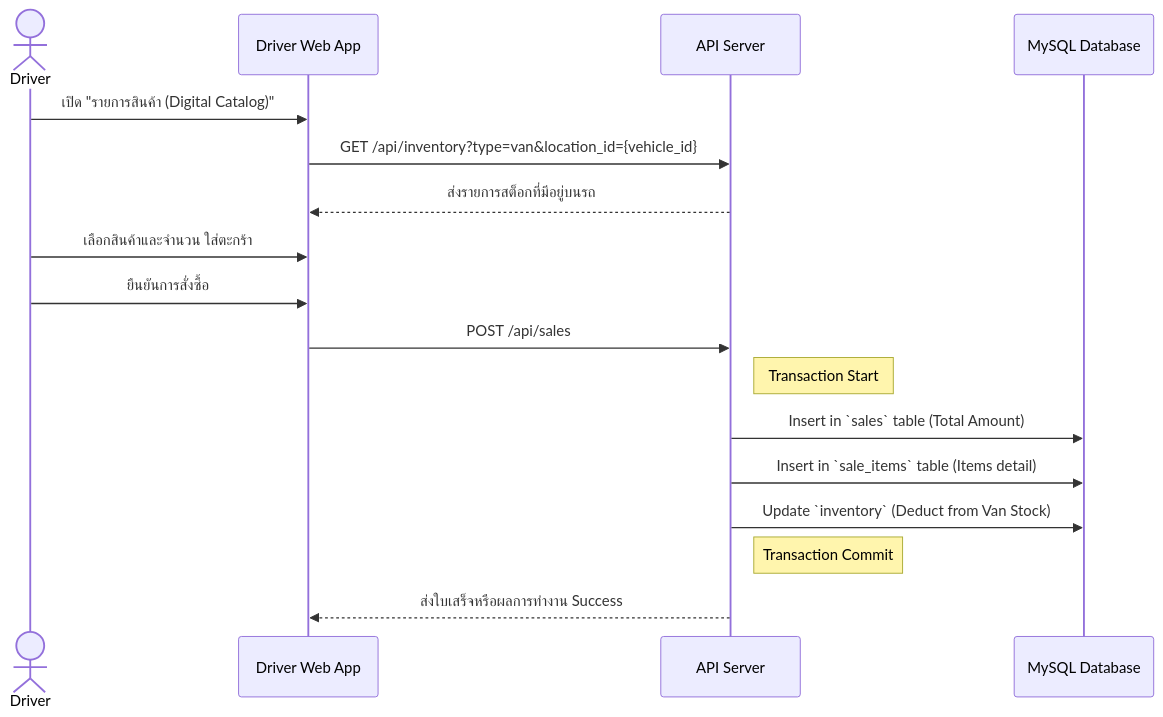
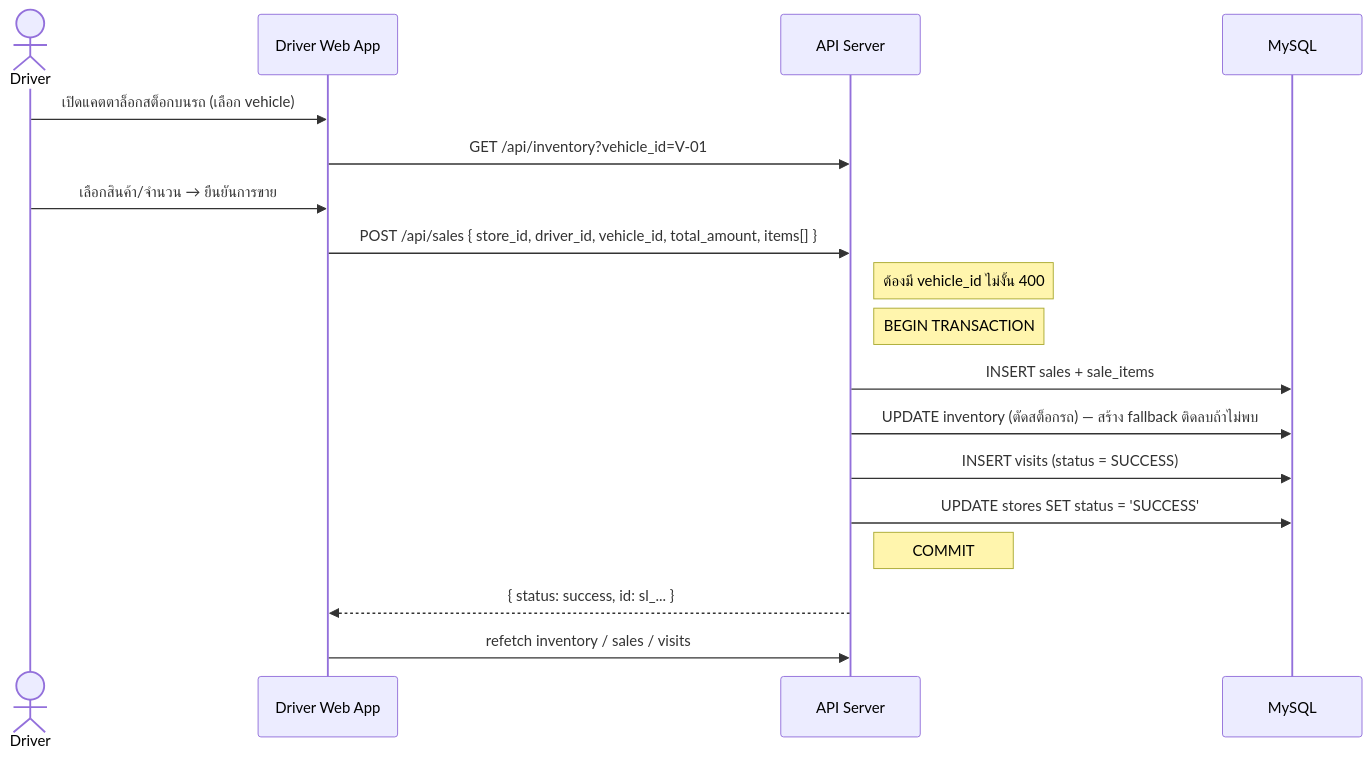
One commit to Chiraphong20/Cashvan changed the fourth of 6 diagrams in Docs/System_Workflows.md. Above: the diagram before and after it, drawn with Mermaid. The commit also changed other lines of this file and 21 other files, not shown here.

````diff
--- a/Docs/System_Workflows.md
+++ b/Docs/System_Workflows.md
@@ -68,23 +103,21 @@
 ```mermaid
 sequenceDiagram
     actor Driver
     participant FE as Driver Web App
     participant BE as API Server
-    participant DB as MySQL Database
+    participant WH as MySQL
 
-    Driver->>FE: เปิด "รายการสินค้า (Digital Catalog)"
-    FE->>BE: GET /api/inventory?type=van&location_id={vehicle_id}
-    BE-->>FE: ส่งรายการสต็อกที่มีอยู่บนรถ
-    
-    Driver->>FE: เลือกสินค้าและจำนวน ใส่ตะกร้า
-    Driver->>FE: ยืนยันการสั่งซื้อ
-    FE->>BE: POST /api/sales
-    
-    Note right of BE: Transaction Start
-    BE->>DB: Insert in `sales` table (Total Amount)
-    BE->>DB: Insert in `sale_items` table (Items detail)
-    BE->>DB: Update `inventory` (Deduct from Van Stock)
-    Note right of BE: Transaction Commit
-    
-    BE-->>FE: ส่งใบเสร็จหรือผลการทำงาน Success
+    Driver->>FE: เปิดแคตตาล็อกสต็อกบนรถ (เลือก vehicle)
+    FE->>BE: GET /api/inventory?vehicle_id=V-01
+    Driver->>FE: เลือกสินค้า/จำนวน → ยืนยันการขาย
+    FE->>BE: POST /api/sales { store_id, driver_id, vehicle_id, total_amount, items[] }
+    Note right of BE: ต้องมี vehicle_id ไม่งั้น 400
+    Note right of BE: BEGIN TRANSACTION
+    BE->>WH: INSERT sales + sale_items
+    BE->>WH: UPDATE inventory (ตัดสต็อกรถ) — สร้าง fallback ติดลบถ้าไม่พบ
+    BE->>WH: INSERT visits (status = SUCCESS)
+    BE->>WH: UPDATE stores SET status = 'SUCCESS'
+    Note right of BE: COMMIT
+    BE-->>FE: { status: success, id: sl_... }
+    FE->>BE: refetch inventory / sales / visits
 ```
````
